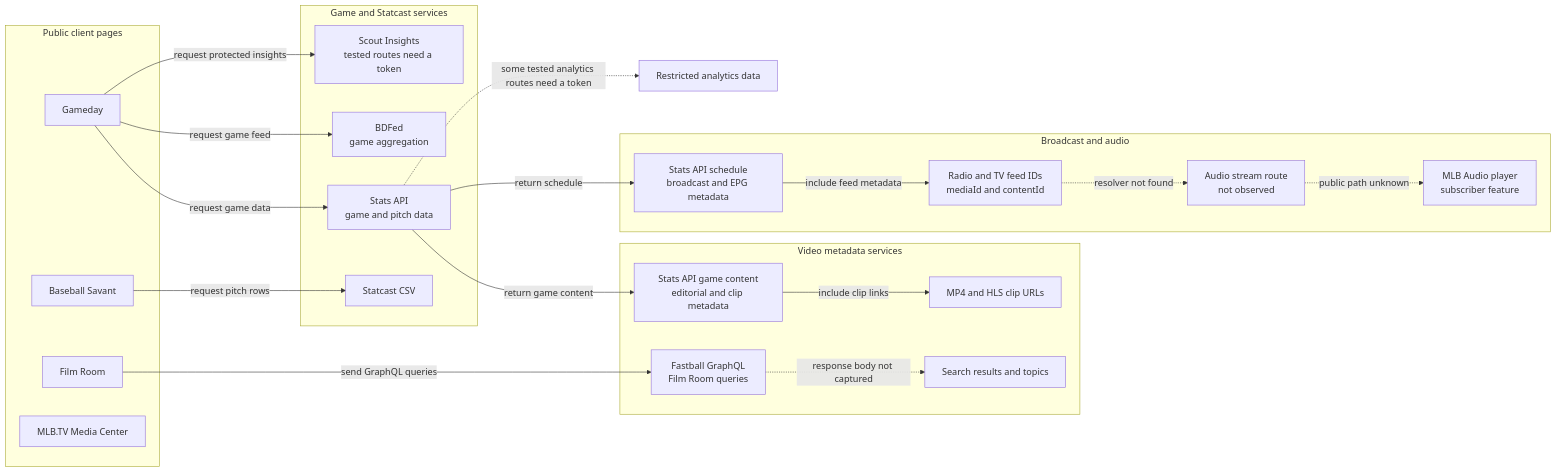
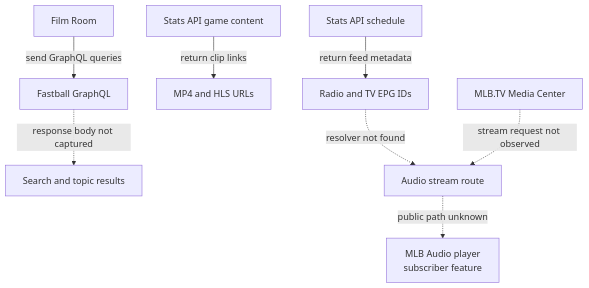
Before and after one commit to hsmahon/savant-stats: the fifth of 5 diagrams in README.md, drawn with Mermaid. The commit also changed other lines of this file and 1 other file, not shown here.

Commit message:
Fix Mermaid chart rendering and layout

````diff
--- a/README.md
+++ b/README.md
@@ -150,44 +73,10 @@
 ```mermaid
-flowchart LR
-  subgraph clients[Public client pages]
-    gd[Gameday]
-    bs[Baseball Savant]
-    film[Film Room]
-    tv[MLB.TV Media Center]
-  end
-
-  subgraph gameapi[Game and Statcast services]
-    stats[Stats API<br/>game and pitch data]
-    bdfed[BDFed<br/>game aggregation]
-    scout[Scout Insights<br/>tested routes need a token]
-    csv[Statcast CSV]
-    gd -->|request game data| stats
-    gd -->|request game feed| bdfed
-    gd -->|request protected insights| scout
-    bs -->|request pitch rows| csv
-  end
-
-  subgraph mediaapi[Video metadata services]
-    fastball[Fastball GraphQL<br/>Film Room queries]
-    content[Stats API game content<br/>editorial and clip metadata]
-    search[Search results and topics]
-    playback[MP4 and HLS clip URLs]
-    film -->|send GraphQL queries| fastball
-    fastball -.->|response body not captured| search
-    stats -->|return game content| content
-    content -->|include clip links| playback
-  end
-
-  subgraph audioapi[Broadcast and audio]
-    schedule[Stats API schedule<br/>broadcast and EPG metadata]
-    epg[Radio and TV feed IDs<br/>mediaId and contentId]
-    stream[Audio stream route<br/>not observed]
-    player[MLB Audio player<br/>subscriber feature]
-    stats -->|return schedule| schedule
-    schedule -->|include feed metadata| epg
-    epg -.->|resolver not found| stream
-    stream -.->|public path unknown| player
-  end
-
-  stats -.->|some tested analytics routes need a token| restricted[Restricted analytics data]
+flowchart TB
+  film[Film Room] -->|send GraphQL queries| fastball[Fastball GraphQL]
+  fastball -.->|response body not captured| search[Search and topic results]
+  stats[Stats API game content] -->|return clip links| clips[MP4 and HLS URLs]
+  schedule[Stats API schedule] -->|return feed metadata| epg[Radio and TV EPG IDs]
+  epg -.->|resolver not found| stream[Audio stream route]
+  media[MLB.TV Media Center] -.->|stream request not observed| stream
+  stream -.->|public path unknown| player[MLB Audio player<br/>subscriber feature]
 ```
````
